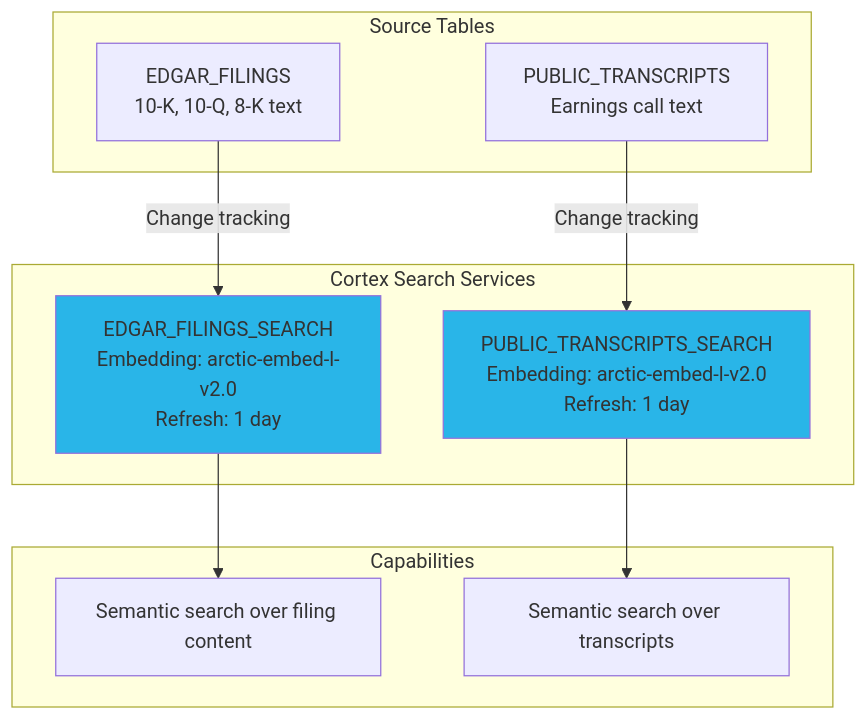
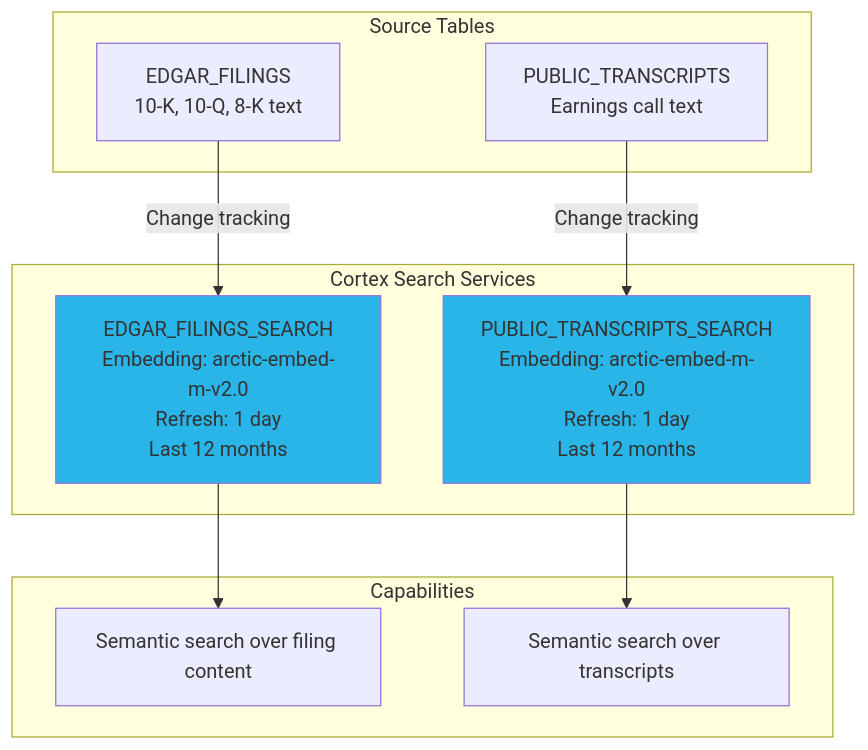
The diagram in step_5_cortex_search/step5_readme.md (sfc-gh-cmoynihan/holly-labs), drawn with Mermaid before and after one commit. The commit also changed other lines of this file, not shown here.

````diff
--- a/step_5_cortex_search/step5_readme.md
+++ b/step_5_cortex_search/step5_readme.md
@@ -9,25 +9,25 @@
 ```mermaid
 graph TD
     subgraph "Source Tables"
         T1[EDGAR_FILINGS<br/>10-K, 10-Q, 8-K text]
         T2[PUBLIC_TRANSCRIPTS<br/>Earnings call text]
     end
 
     subgraph "Cortex Search Services"
-        CS1[EDGAR_FILINGS_SEARCH<br/>Embedding: arctic-embed-l-v2.0<br/>Refresh: 1 day]
-        CS2[PUBLIC_TRANSCRIPTS_SEARCH<br/>Embedding: arctic-embed-l-v2.0<br/>Refresh: 1 day]
+        CS1[EDGAR_FILINGS_SEARCH<br/>Embedding: arctic-embed-m-v2.0<br/>Refresh: 1 day<br/>Last 12 months]
+        CS2[PUBLIC_TRANSCRIPTS_SEARCH<br/>Embedding: arctic-embed-m-v2.0<br/>Refresh: 1 day<br/>Last 12 months]
     end
 
     subgraph "Capabilities"
         R1[Semantic search over filing content]
         R2[Semantic search over transcripts]
     end
 
     T1 -->|Change tracking| CS1
     T2 -->|Change tracking| CS2
     CS1 --> R1
     CS2 --> R2
 
     style CS1 fill:#29B5E8
     style CS2 fill:#29B5E8
 ```
````
